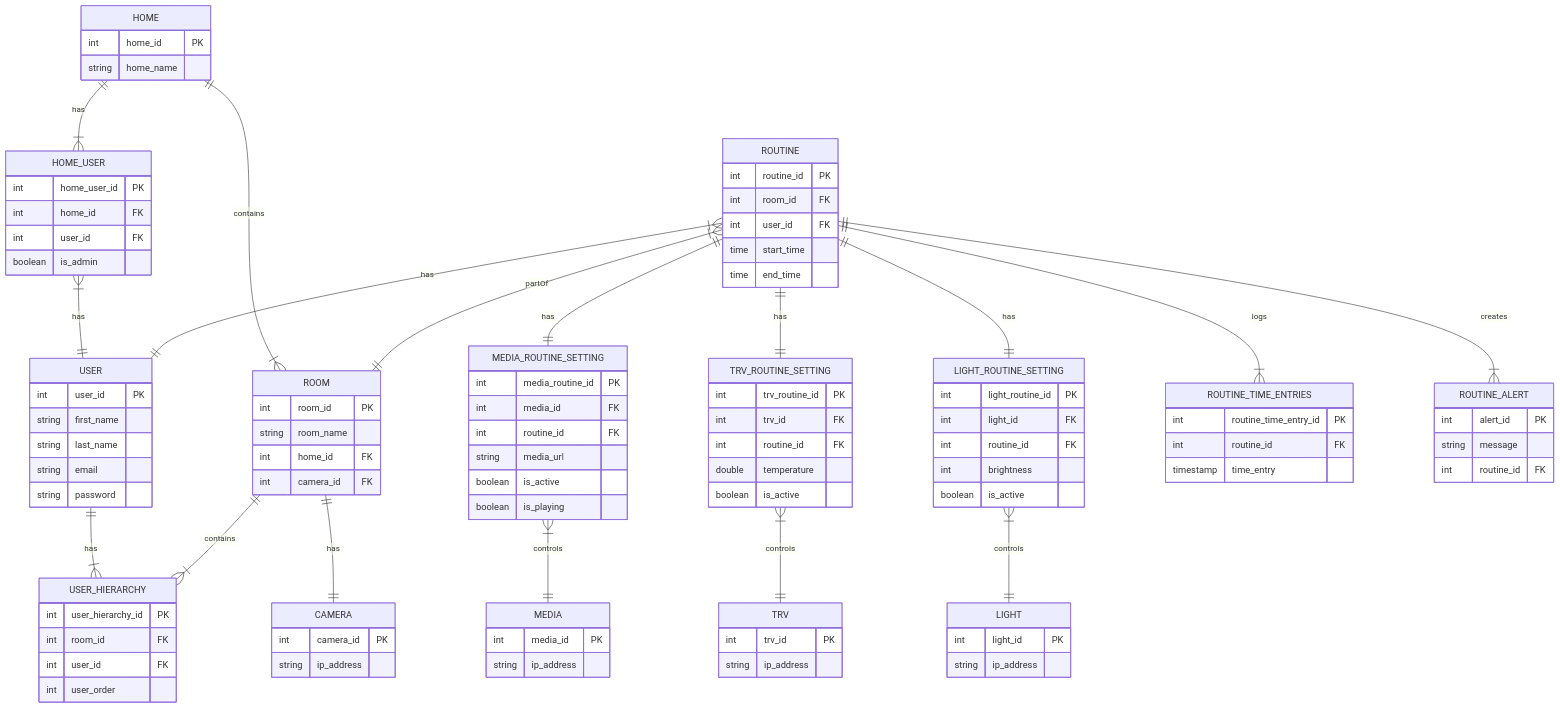
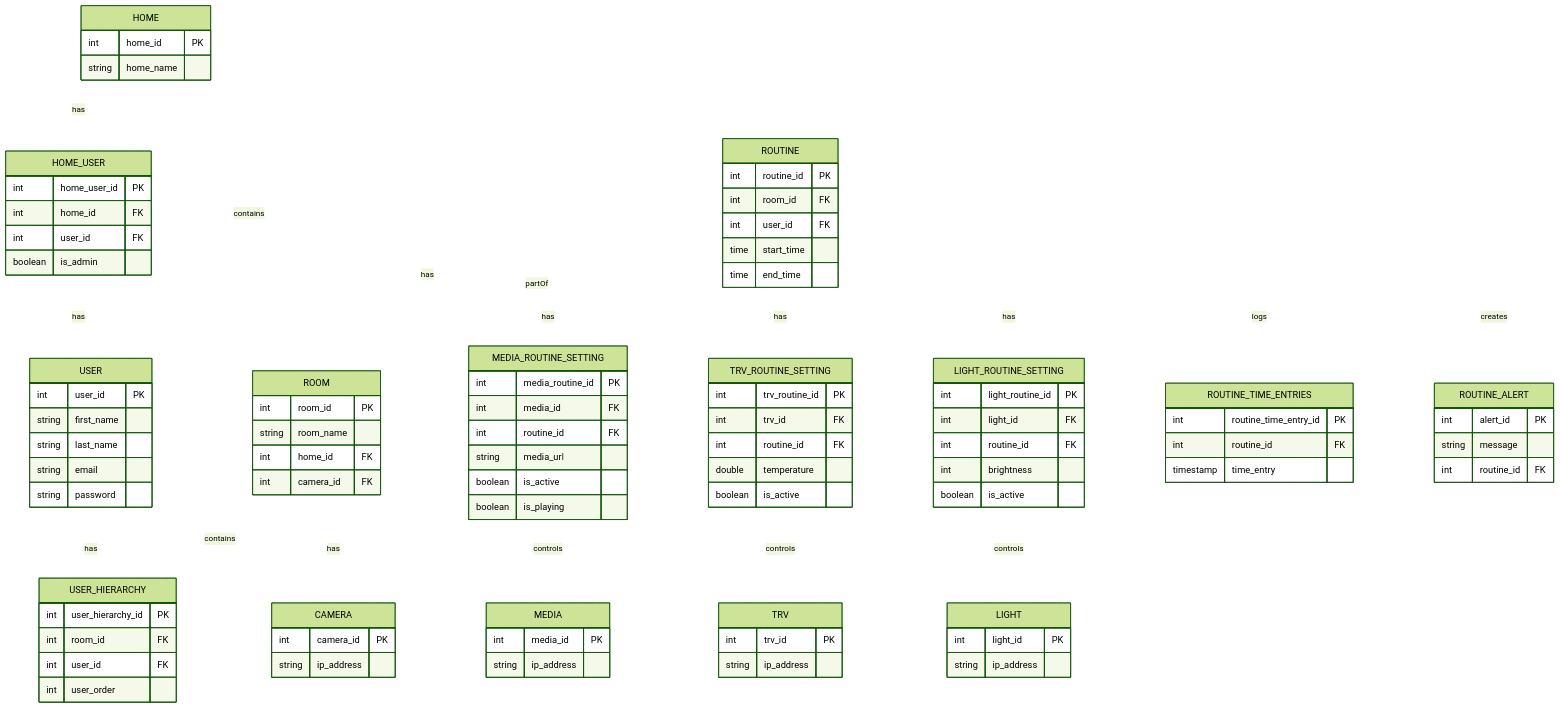
One commit to cmurphy88/jarvis changed the second of 2 diagrams in README.md. Above: the diagram before and after it, drawn with Mermaid.

````diff
--- a/README.md
+++ b/README.md
@@ -27,5 +27,5 @@
 ```mermaid
-%%{init: {'theme':'base', lineColor: 'yellow'}}%%
+%%{init: {'theme': 'forest', 'themeVariables': { 'lineColor': 'white'}}}%%
 erDiagram
     USER {
         int user_id PK
````
